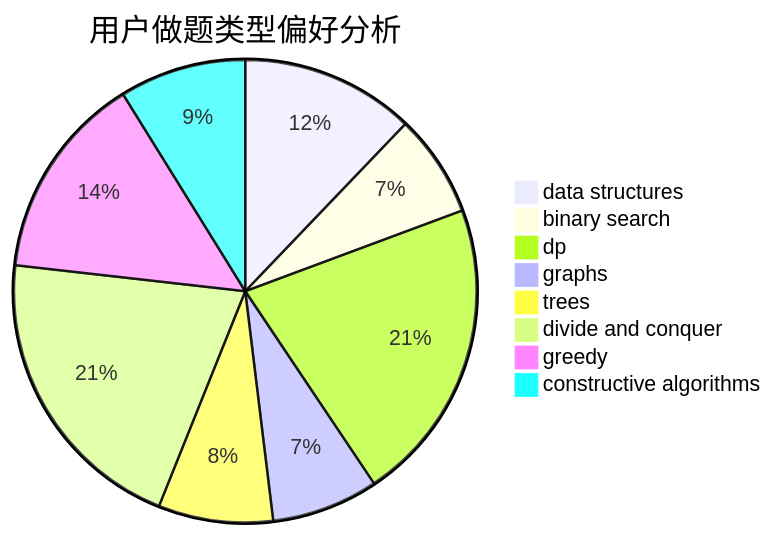
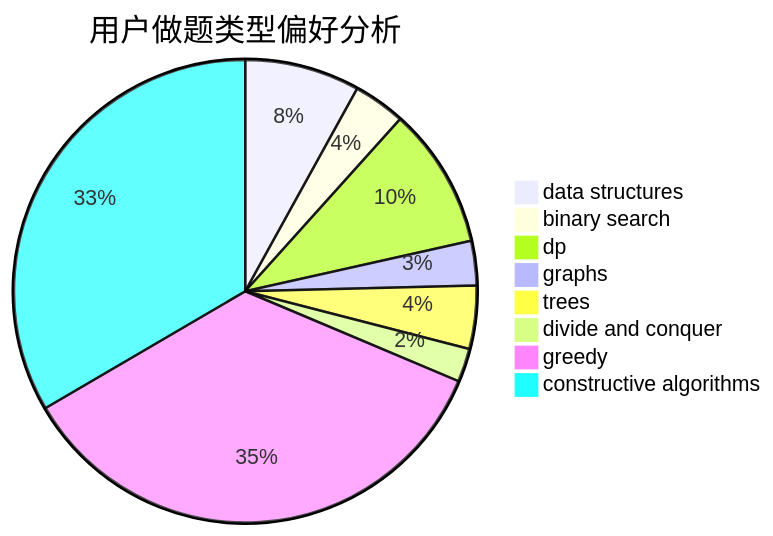
Before and after one commit to sherpahu/cfrs.github.io: the second of 3 diagrams in docs/user/u664.md, drawn with Mermaid. The commit also changed other lines of this file and 2770 other files, not shown here.

````diff
--- a/docs/user/u664.md
+++ b/docs/user/u664.md
@@ -23,11 +23,11 @@
 ```mermaid
 pie title 用户做题类型偏好分析
-    "data structures" :  44
-    "binary search" :  26
-    "dp" :  77
-    "graphs" :  27
-    "trees" :  29
-    "divide and conquer" :  75
-    "greedy" :  52
-    "constructive algorithms" :  32
+    "data structures" :  31
+    "binary search" :  14
+    "dp" :  38
+    "graphs" :  12
+    "trees" :  17
+    "divide and conquer" :  9
+    "greedy" :  136
+    "constructive algorithms" :  129
 ```
````
